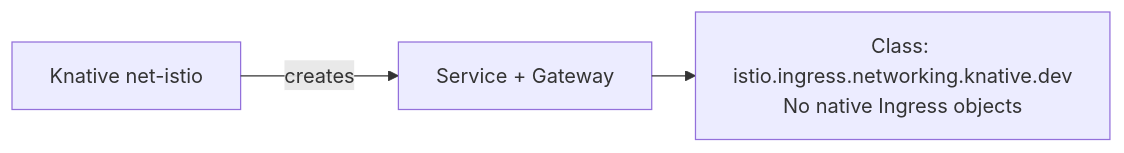
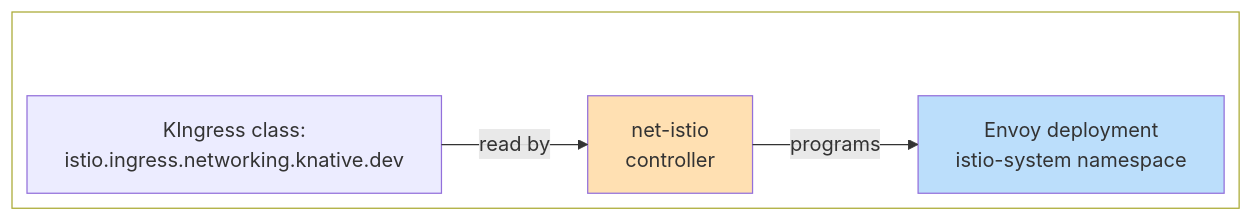
Before and after one commit to knative/docs: the sixth of 8 diagrams in docs/versioned/serving/config-network-adapters.md, drawn with Mermaid. The commit also changed other lines of this file, not shown here.

````diff
--- a/docs/versioned/serving/config-network-adapters.md
+++ b/docs/versioned/serving/config-network-adapters.md
@@ -86,10 +144,20 @@
     ```mermaid
     ---
     config:
+      layout: elk
       theme: default
-      layout: elk
     ---
     flowchart LR
-        I1["Knative&nbsp;net-istio"] -- creates --> I2["Service + Gateway"]
-        I2 --> I3["Class: istio.ingress.networking.knative.dev<br>No native Ingress objects"]
+     subgraph bottom[" "]
+        direction LR
+            envoy["Envoy deployment<br>istio-system namespace"]
+            kourier["net-istio<br>controller"]
+            kingress2["KIngress class:<br>istio.ingress.networking.knative.dev"]
+      end
+        kingress2 -- read by --> kourier
+        kourier -- programs --> envoy
+    
+        style envoy fill:#BBDEFB
+        style kourier fill:#FFE0B2
+        style bottom fill:transparent
     ```
````
